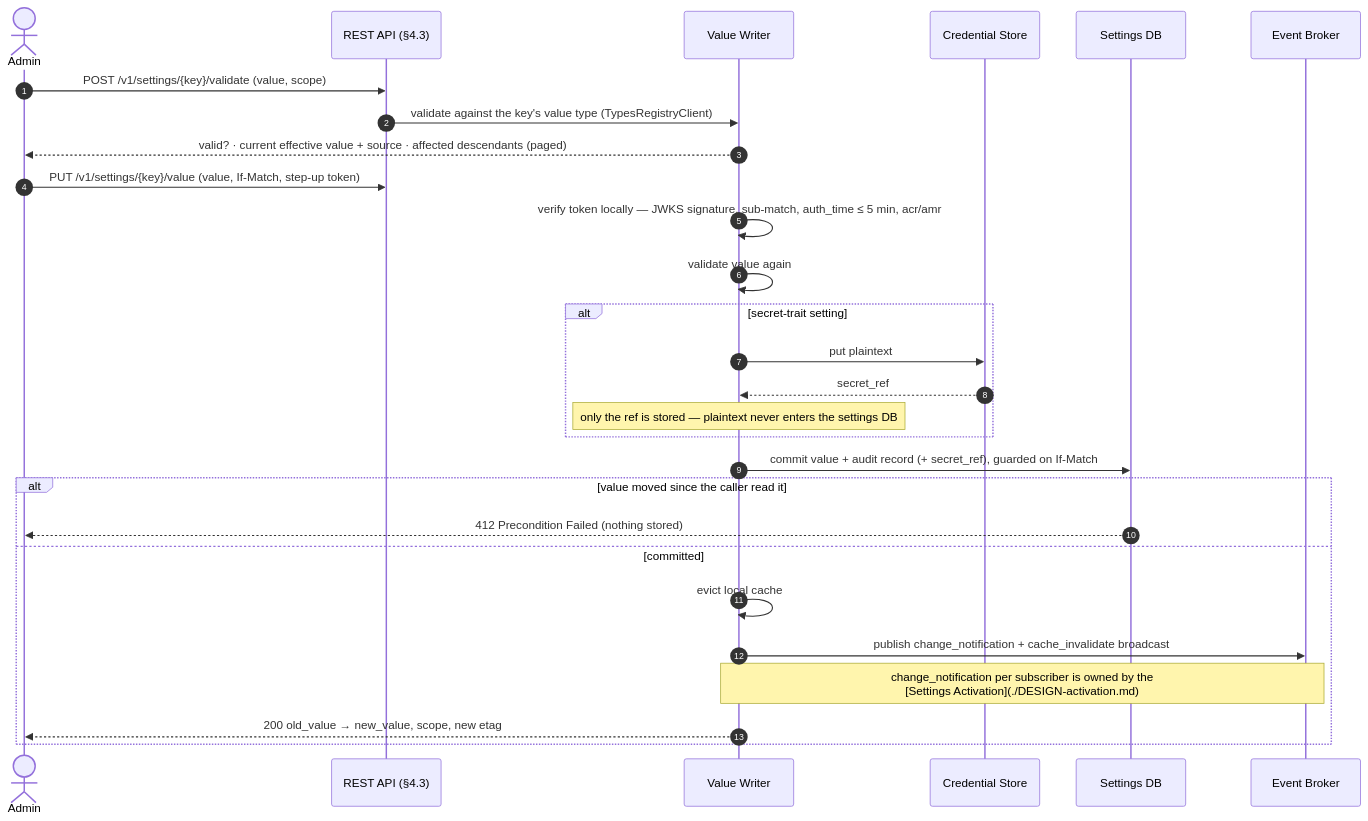
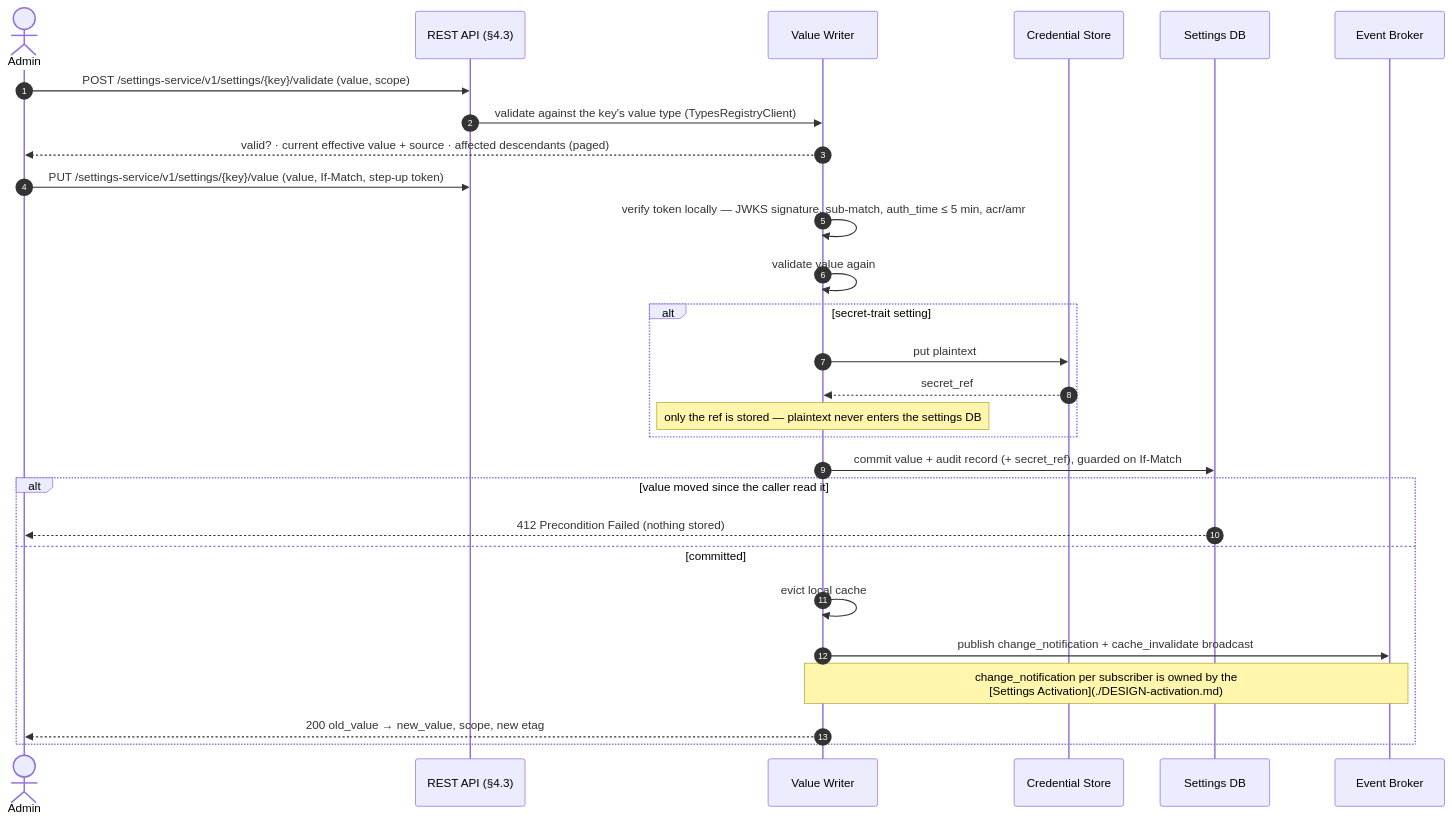
The fifth of 7 diagrams in gears/settings-service/docs/DESIGN.md (Andrei-Iliushin-Constructor/gears-rust), drawn with Mermaid before and after one commit. The commit also changed other lines of this file and 1 other file, not shown here.

````diff
--- a/gears/settings-service/docs/DESIGN.md
+++ b/gears/settings-service/docs/DESIGN.md
@@ -1335,31 +1358,31 @@
 ```mermaid
 sequenceDiagram
  autonumber
  actor Admin
  participant API as REST API (§4.3)
  participant VW as Value Writer
  participant CS as Credential Store
  participant DB as Settings DB
  participant Broker as Event Broker
 
- Admin->>API: POST /v1/settings/{key}/validate (value, scope)
+ Admin->>API: POST /settings-service/v1/settings/{key}/validate (value, scope)
  API->>VW: validate against the key's value type (TypesRegistryClient)
  VW-->>Admin: valid? · current effective value + source · affected descendants (paged)
- Admin->>API: PUT /v1/settings/{key}/value (value, If-Match, step-up token)
+ Admin->>API: PUT /settings-service/v1/settings/{key}/value (value, If-Match, step-up token)
  VW->>VW: verify token locally — JWKS signature, sub-match, auth_time ≤ 5 min, acr/amr
  VW->>VW: validate value again
  alt secret-trait setting
   VW->>CS: put plaintext
   CS-->>VW: secret_ref
   Note over VW: only the ref is stored — plaintext never enters the settings DB
  end
  VW->>DB: commit value + audit record (+ secret_ref), guarded on If-Match
  alt value moved since the caller read it
   DB-->>Admin: 412 Precondition Failed (nothing stored)
  else committed
   VW->>VW: evict local cache
   VW->>Broker: publish change_notification + cache_invalidate broadcast
   Note over VW,Broker: change_notification per subscriber is owned by the<br/>[Settings Activation](./DESIGN-activation.md)
   VW-->>Admin: 200 old_value → new_value, scope, new etag
  end
 ```
````
